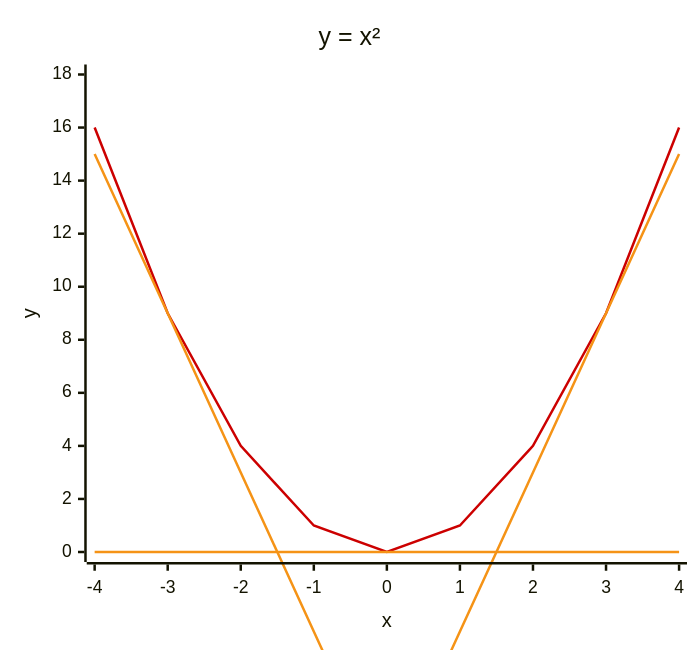
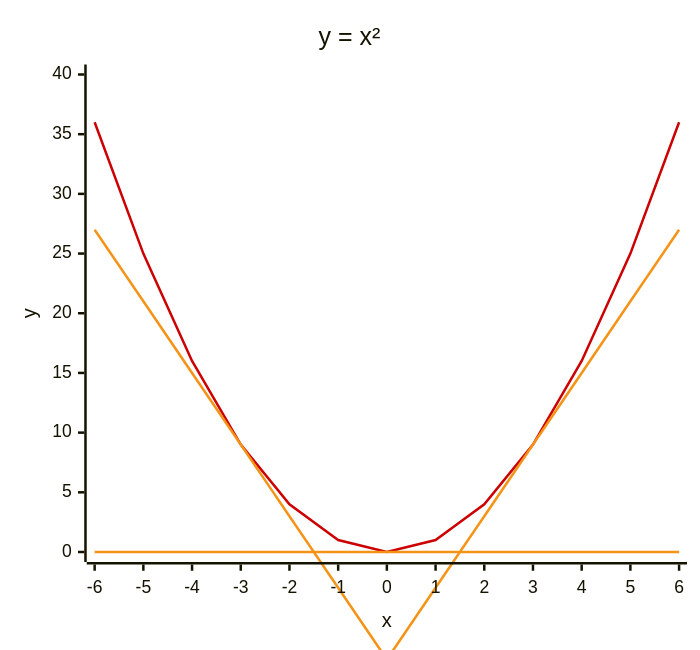
One commit to alexandrehtrb/alexandrehtrb.github.io changed the second of 3 diagrams in src/posts/2025/03/least-squares-fitting-with-functional-programming.md. Above: the diagram before and after it, drawn with Mermaid. The commit also changed 1 other file, not shown here.

Commit message:
article: explain better LSF theory (4)

````diff
--- a/src/posts/2025/03/least-squares-fitting-with-functional-programming.md
+++ b/src/posts/2025/03/least-squares-fitting-with-functional-programming.md
@@ -79,20 +79,20 @@
 ```mermaid
 ---
 config:
     xyChart:
         width: 540
     themeVariables:
         xyChart:
             backgroundColor: "#00000000"
             plotColorPalette: "#CC0000, #f59316, #f59316, #f59316"
 ---
 xychart-beta
     title "y = x²"
-    x-axis "x" -4 --> 4
-    y-axis "y" 0 --> 18
-    line [16,9,4,1,0,1,4,9,16]
-	line [15,9,3,-3,-9,-15,-21,-27,-33]
-    line [0,0,0,0,0,0,0,0,0]
-    line [-33,-27,-21,-15,-9,-3,3,9,15]
+    x-axis "x" -6 --> 6
+    y-axis "y" 0 --> 40
+    line [36,25,16,9,4,1,0,1,4,9,16,25,36]
+	line [27,21,15,9,3,-3,-9,-15,-21,-27,-33,-39,-45]
+    line [0,0,0,0,0,0,0,0,0,0,0]
+    line [-45,-39,-33,-27,-21,-15,-9,-3,3,9,15,21,27]
 
 ```
````
